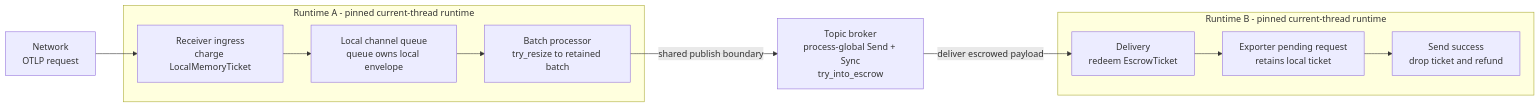
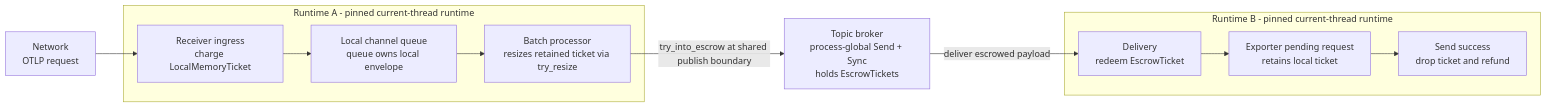
Before and after one commit to lalitb/otel-arrow: the sixth of 8 diagrams in rust/otap-dataflow/docs/memory-limiter-phase2.md, drawn with Mermaid. The commit also changed other lines of this file, not shown here.

````diff
--- a/rust/otap-dataflow/docs/memory-limiter-phase2.md
+++ b/rust/otap-dataflow/docs/memory-limiter-phase2.md
@@ -791,22 +806,22 @@
 ```mermaid
 flowchart LR
     Net["Network<br/>OTLP request"]
 
     subgraph RA["Runtime A - pinned current-thread runtime"]
         RX["Receiver ingress<br/>charge LocalMemoryTicket"]
         Q["Local channel queue<br/>queue owns local envelope"]
-        BP["Batch processor<br/>try_resize to retained batch"]
+        BP["Batch processor<br/>resizes retained ticket via try_resize"]
     end
 
-    TB["Topic broker<br/>process-global Send + Sync<br/>try_into_escrow"]
+    TB["Topic broker<br/>process-global Send + Sync<br/>holds EscrowTickets"]
 
     subgraph RB["Runtime B - pinned current-thread runtime"]
         RD["Delivery<br/>redeem EscrowTicket"]
         EX["Exporter pending request<br/>retains local ticket"]
         Done["Send success<br/>drop ticket and refund"]
     end
 
     Net --> RX --> Q --> BP
-    BP -->|"shared publish boundary"| TB
+    BP -->|"try_into_escrow at shared publish boundary"| TB
     TB -->|"deliver escrowed payload"| RD --> EX --> Done
 ```
````
